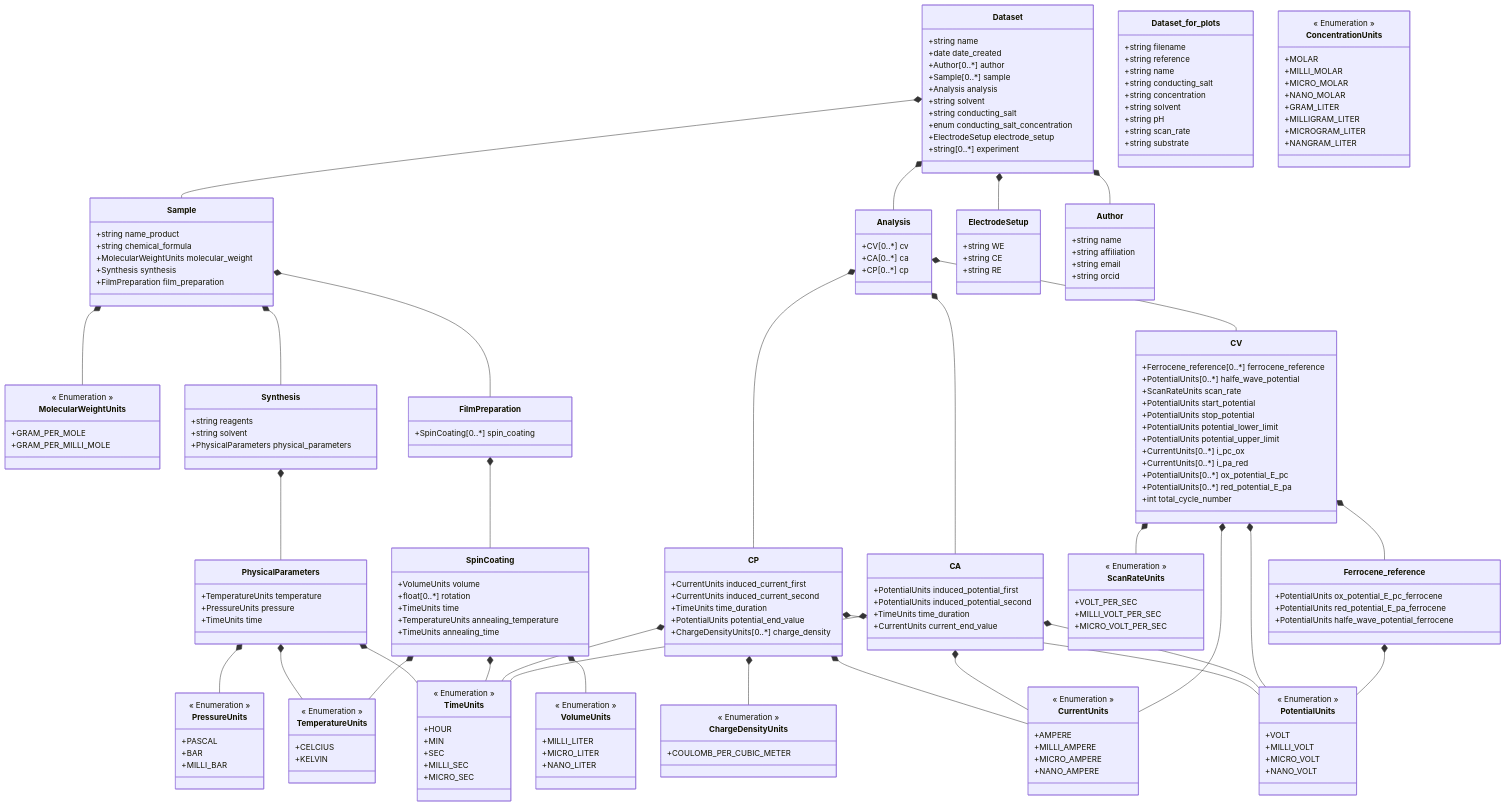
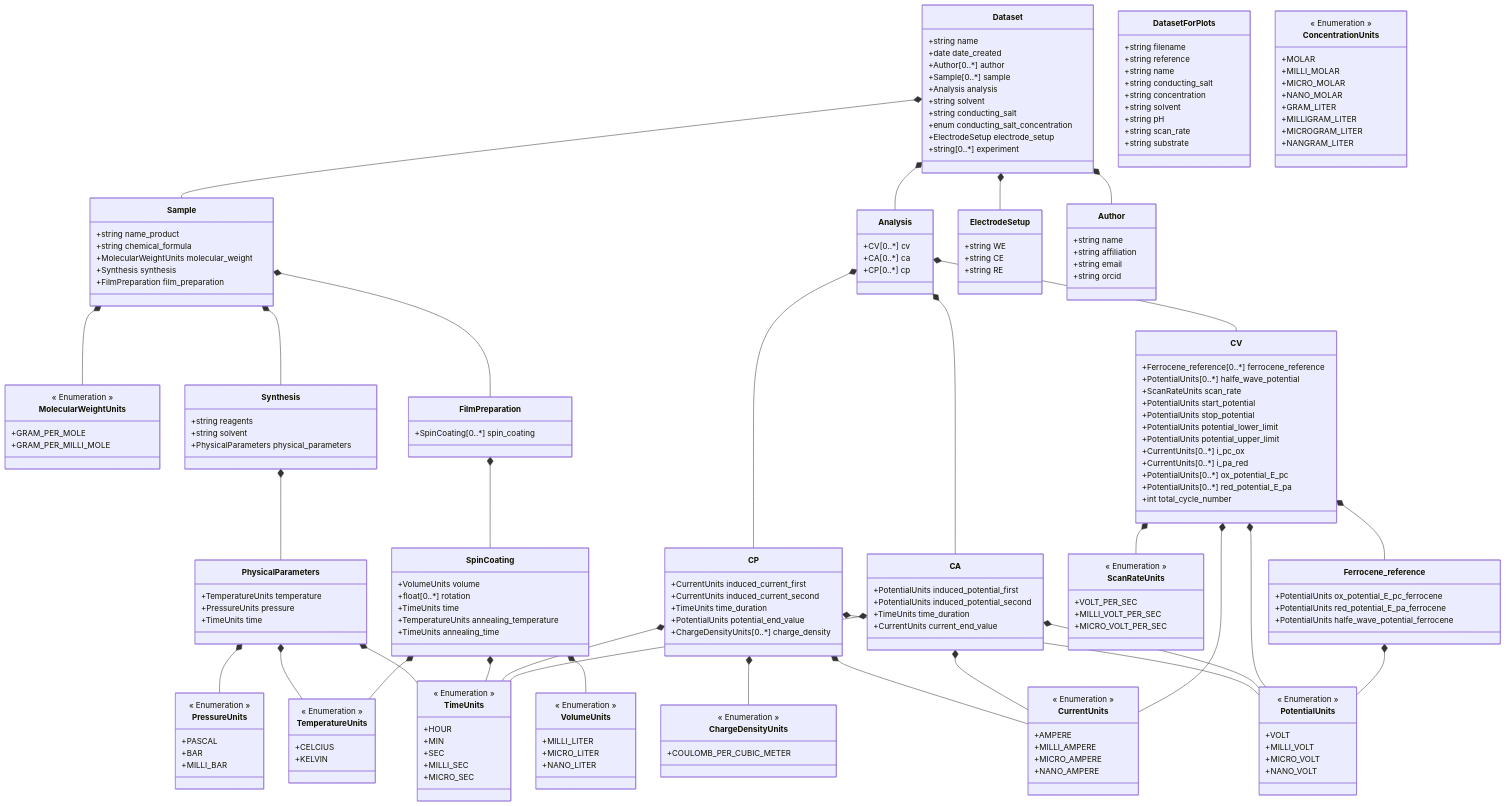
Before and after one commit to FAIRChemistry/datamodel-electrochemistry: the diagram in ElectrochemistryDataModel/schemes/electrochemistrydatamodel_schema.md, drawn with Mermaid. The commit also changed 16 other files, not shown here.

```diff
--- a/ElectrochemistryDataModel/schemes/electrochemistrydatamodel_schema.md
+++ b/ElectrochemistryDataModel/schemes/electrochemistrydatamodel_schema.md
@@ -82,7 +82,7 @@
         +CP[0..*] cp
     }
     
-    class Dataset_for_plots {
+    class DatasetForPlots {
         +string filename
         +string reference
         +string name
```
